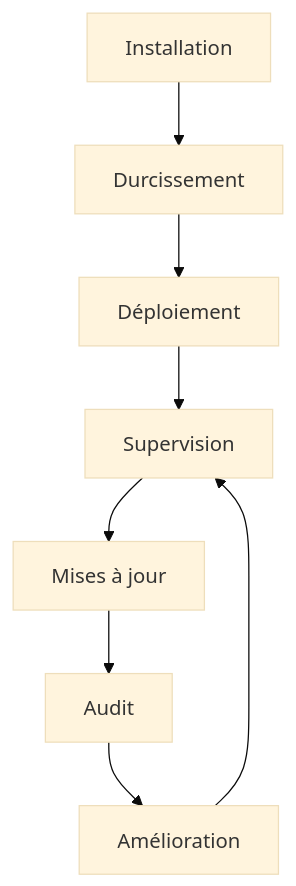
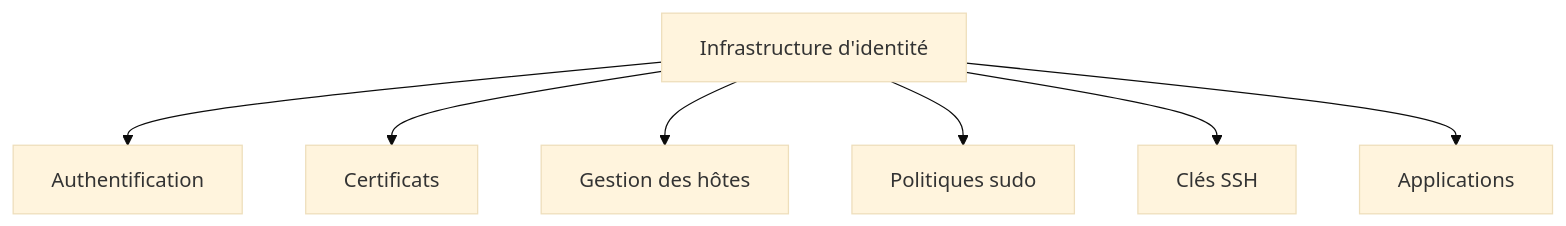
The seventh of 7 diagrams in campagne 8/8.1.md (tdelaclos/formations), drawn with Mermaid (base theme) before and after one commit. The commit also changed other lines of this file, not shown here.

````diff
--- a/campagne 8/8.1.md
+++ b/campagne 8/8.1.md
@@ -1000,19 +629,17 @@
 ```mermaid
 flowchart TD
 
-Install[Installation]
+    ROOT[Infrastructure d'identité]
 
-Install --> Harden[Durcissement]
+    ROOT --> AUTH[Authentification]
 
-Harden --> Deploy[Déploiement]
+    ROOT --> CERTS[Certificats]
 
-Deploy --> Monitor[Supervision]
+    ROOT --> HOSTS[Gestion des hôtes]
 
-Monitor --> Update[Mises à jour]
+    ROOT --> SUDO[Politiques sudo]
 
-Update --> Audit[Audit]
+    ROOT --> SSH[Clés SSH]
 
-Audit --> Improve[Amélioration]
-
-Improve --> Monitor
+    ROOT --> APPS[Applications]
 ```
````
